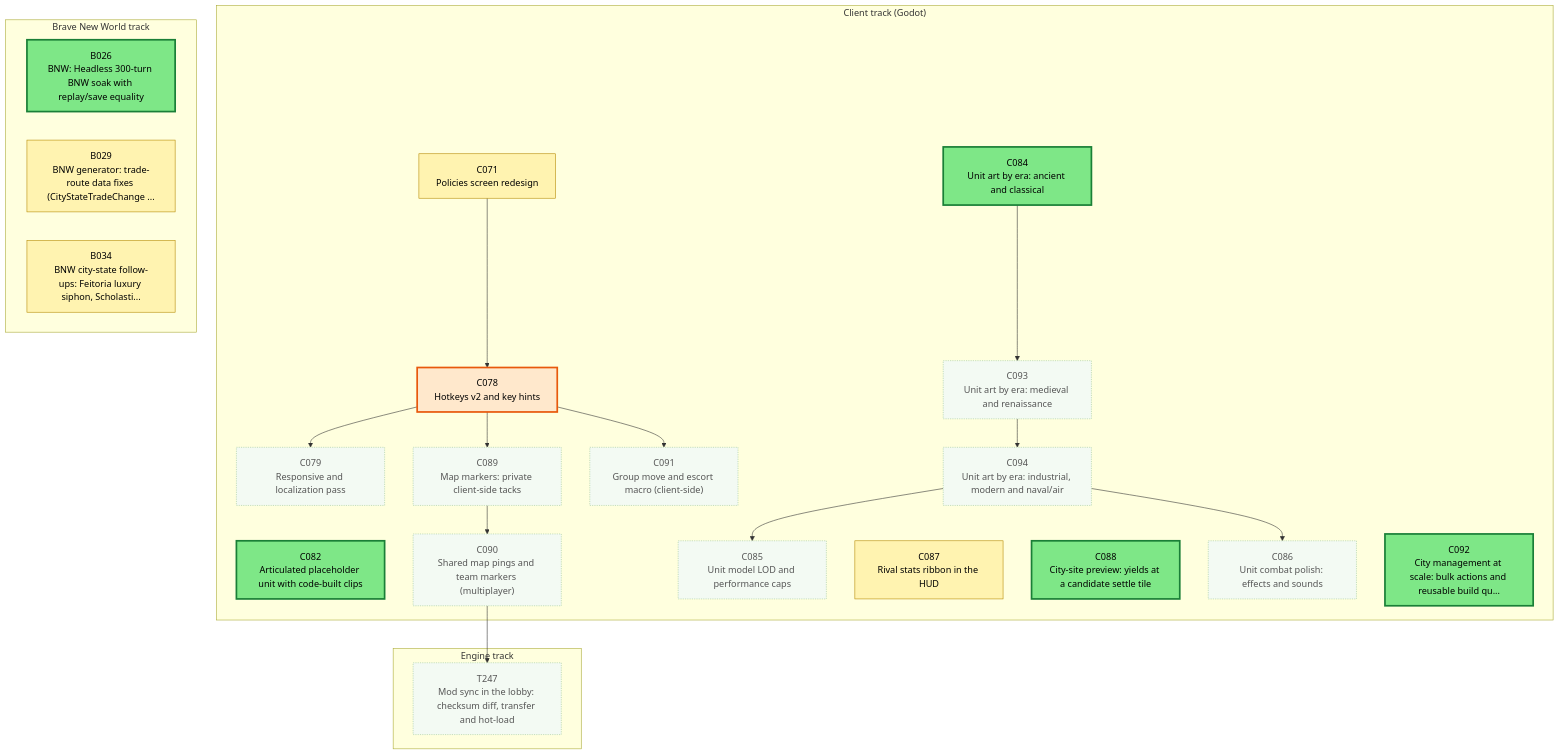
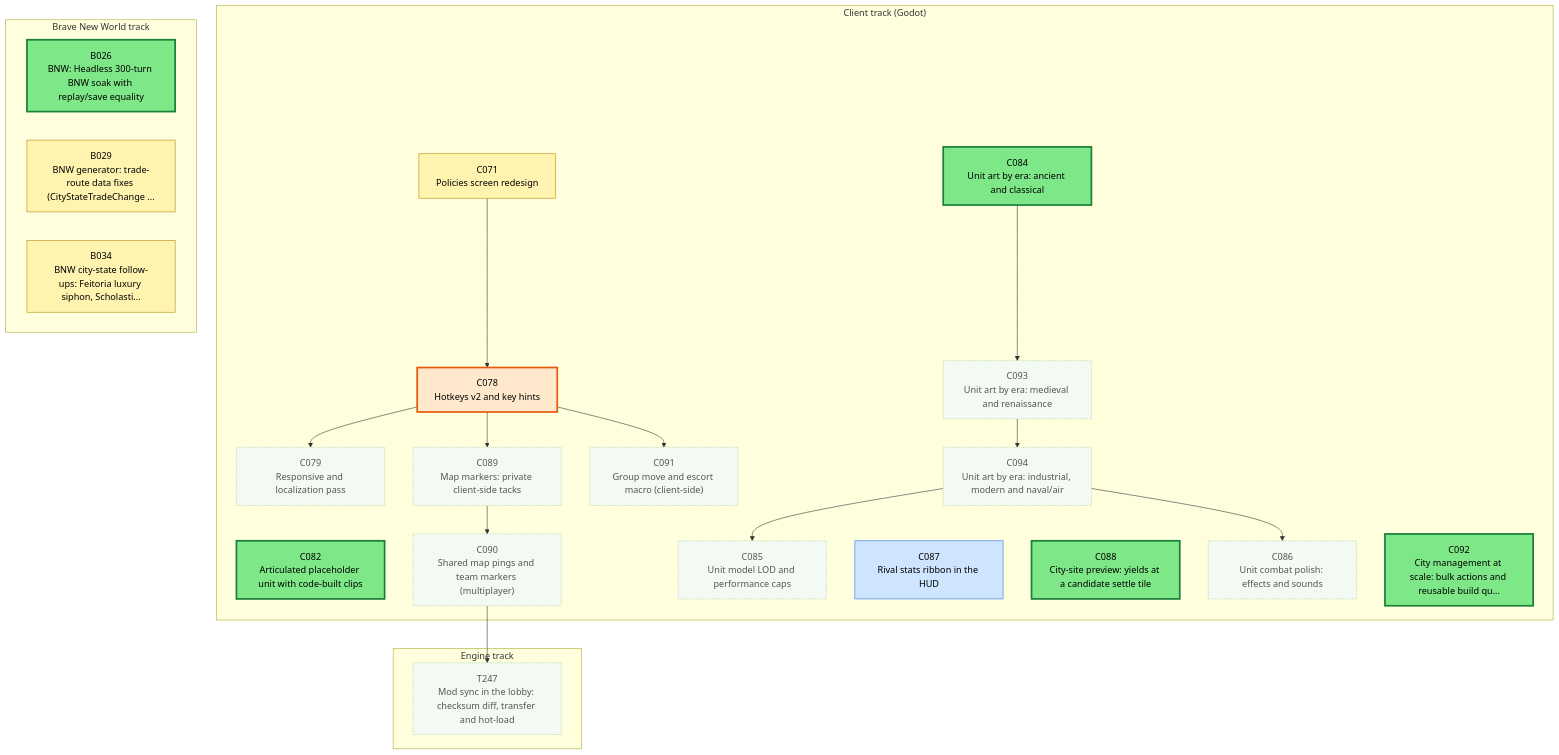
One commit to Kenmura/Unciv changed the first of 3 diagrams in csharp/migration/DEPENDENCY_MAP.md. Above: the diagram before and after it, drawn with Mermaid. The commit also changed other lines of this file and 1 other file, not shown here.

Commit message:
migration: implement C087 [Claude]

````diff
--- a/csharp/migration/DEPENDENCY_MAP.md
+++ b/csharp/migration/DEPENDENCY_MAP.md
@@ -25,64 +25,64 @@
 ```mermaid
 flowchart TD
   subgraph TTRACK["Engine track"]
     T247["T247<br/>Mod sync in the lobby: checksum diff, transfer and hot-load"]
   end
   subgraph CTRACK["Client track (Godot)"]
     C071["C071<br/>Policies screen redesign"]
     C078["C078<br/>Hotkeys v2 and key hints"]
     C079["C079<br/>Responsive and localization pass"]
     C082["C082<br/>Articulated placeholder unit with code-built clips"]
     C084["C084<br/>Unit art by era: ancient and classical"]
     C085["C085<br/>Unit model LOD and performance caps"]
     C086["C086<br/>Unit combat polish: effects and sounds"]
     C087["C087<br/>Rival stats ribbon in the HUD"]
     C088["C088<br/>City-site preview: yields at a candidate settle tile"]
     C089["C089<br/>Map markers: private client-side tacks"]
     C090["C090<br/>Shared map pings and team markers (multiplayer)"]
     C091["C091<br/>Group move and escort macro (client-side)"]
     C092["C092<br/>City management at scale: bulk actions and reusable build qu..."]
     C093["C093<br/>Unit art by era: medieval and renaissance"]
     C094["C094<br/>Unit art by era: industrial, modern and naval/air"]
   end
   subgraph BTRACK["Brave New World track"]
     B026["B026<br/>BNW: Headless 300-turn BNW soak with replay/save equality"]
     B029["B029<br/>BNW generator: trade-route data fixes (CityStateTradeChange ..."]
     B034["B034<br/>BNW city-state follow-ups: Feitoria luxury siphon, Scholasti..."]
   end
   C090 --> T247
   C071 --> C078
   C078 --> C079
   C094 --> C085
   C094 --> C086
   C078 --> C089
   C089 --> C090
   C078 --> C091
   C084 --> C093
   C093 --> C094
   classDef waiting fill:#f3faf3,stroke:#9bc49b,color:#555,stroke-dasharray:2 2
   classDef ondeck fill:#ffe8cc,stroke:#e8590c,stroke-width:3px,color:#000
   classDef ready fill:#7ee787,stroke:#1a7f37,stroke-width:3px,color:#000
   classDef prog fill:#fff3b0,stroke:#b58900,color:#000
   classDef review fill:#cfe4ff,stroke:#1f6feb,color:#000
   classDef blocked fill:#ffd6d6,stroke:#c62828,color:#000
   classDef done fill:#eeeeee,stroke:#999999,color:#666,stroke-dasharray:4 3
   class B026 ready
   class B029 prog
   class B034 prog
   class C071 prog
   class C078 ondeck
   class C079 waiting
   class C082 ready
   class C084 ready
   class C085 waiting
   class C086 waiting
-  class C087 prog
+  class C087 review
   class C088 ready
   class C089 waiting
   class C090 waiting
   class C091 waiting
   class C092 ready
   class C093 waiting
   class C094 waiting
   class T247 waiting
 ```
````
